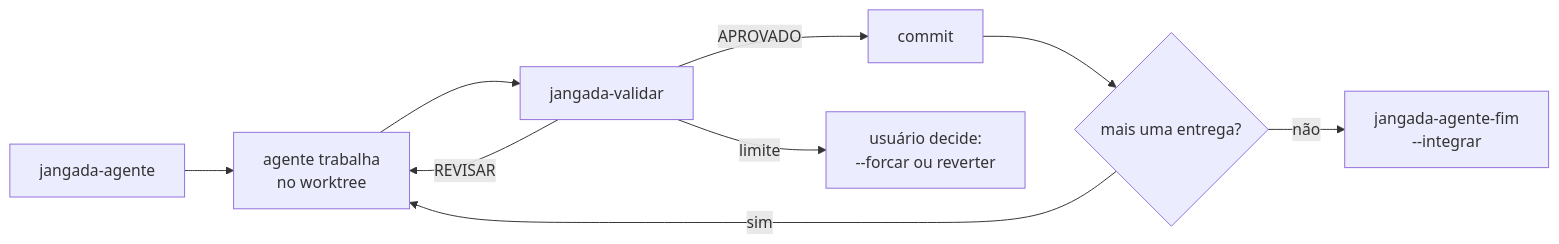
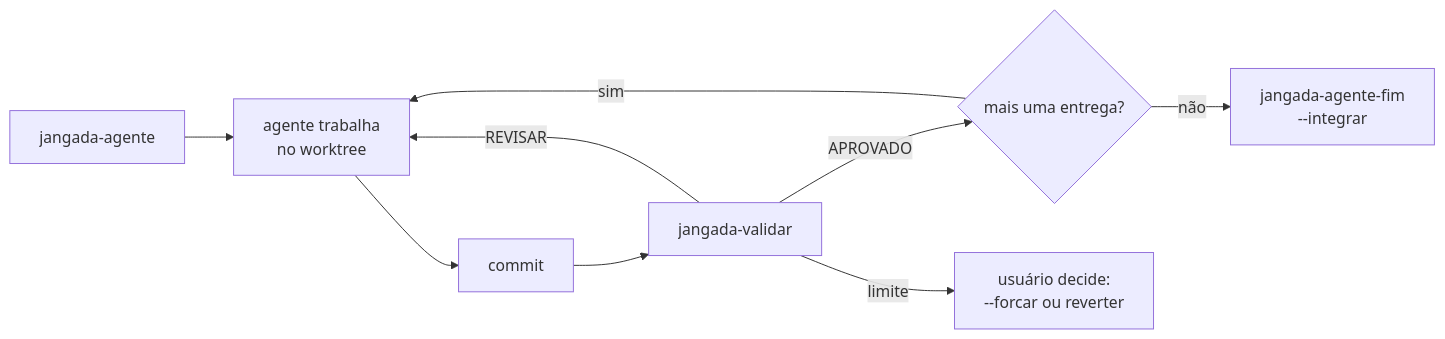
Before and after one commit to felipintoslv/jangada: the first of 4 diagrams in docs/ciclo-da-tarefa.md, drawn with Mermaid. The commit also changed other lines of this file and 5 other files, not shown here.

````diff
--- a/docs/ciclo-da-tarefa.md
+++ b/docs/ciclo-da-tarefa.md
@@ -12,11 +12,11 @@
 ```mermaid
 flowchart LR
     A[jangada-agente] --> B[agente trabalha<br>no worktree]
-    B --> C[jangada-validar]
+    B --> D[commit]
+    D --> C[jangada-validar]
     C -- REVISAR --> B
-    C -- APROVADO --> D[commit]
-    D --> E{mais uma entrega?}
+    C -- APROVADO --> E{mais uma entrega?}
     E -- sim --> B
     E -- não --> F[jangada-agente-fim<br>--integrar]
     C -- limite --> G[usuário decide:<br>--forcar ou reverter]
 ```
````
